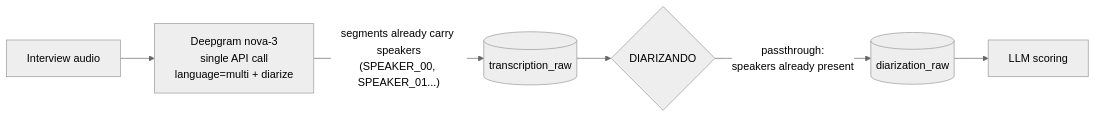
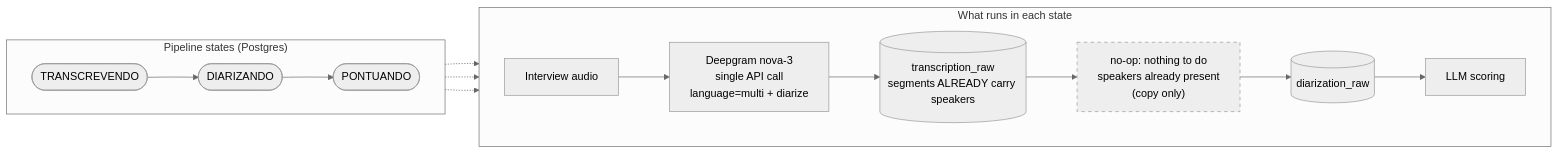
The first of 2 diagrams in README.en.md (luccapinto/scorecard-pipeline), drawn with Mermaid (neutral theme) before and after one commit. The commit also changed other lines of this file and 2 other files, not shown here.

First line of the commit message:
docs: separate pipeline states from work in the dual-architecture diagrams (#22)

````diff
--- a/README.en.md
+++ b/README.en.md
@@ -55,8 +64,22 @@
 ```mermaid
 flowchart LR
-    Audio[Interview audio] --> DG[Deepgram nova-3<br/>single API call<br/>language=multi + diarize]
-    DG -->|"segments already carry speakers<br/>(SPEAKER_00, SPEAKER_01...)"| TR[(transcription_raw)]
-    TR --> PT{DIARIZANDO}
-    PT -->|"passthrough:<br/>speakers already present"| DR[(diarization_raw)]
-    DR --> Scoring[LLM scoring]
+    subgraph states ["Pipeline states (Postgres)"]
+        direction LR
+        S1([TRANSCREVENDO]) --> S2([DIARIZANDO]) --> S3([PONTUANDO])
+    end
+
+    subgraph work ["What runs in each state"]
+        direction LR
+        Audio[Interview audio] --> DG["Deepgram nova-3<br/>single API call<br/>language=multi + diarize"]
+        DG --> TR[("transcription_raw<br/>segments ALREADY carry speakers")]
+        TR --> NOOP["no-op: nothing to do<br/>speakers already present<br/>(copy only)"]
+        NOOP --> DR[("diarization_raw")]
+        DR --> Scoring["LLM scoring"]
+    end
+
+    S1 -.-> DG
+    S2 -.-> NOOP
+    S3 -.-> Scoring
+
+    style NOOP stroke-dasharray: 5 5
 ```
````
